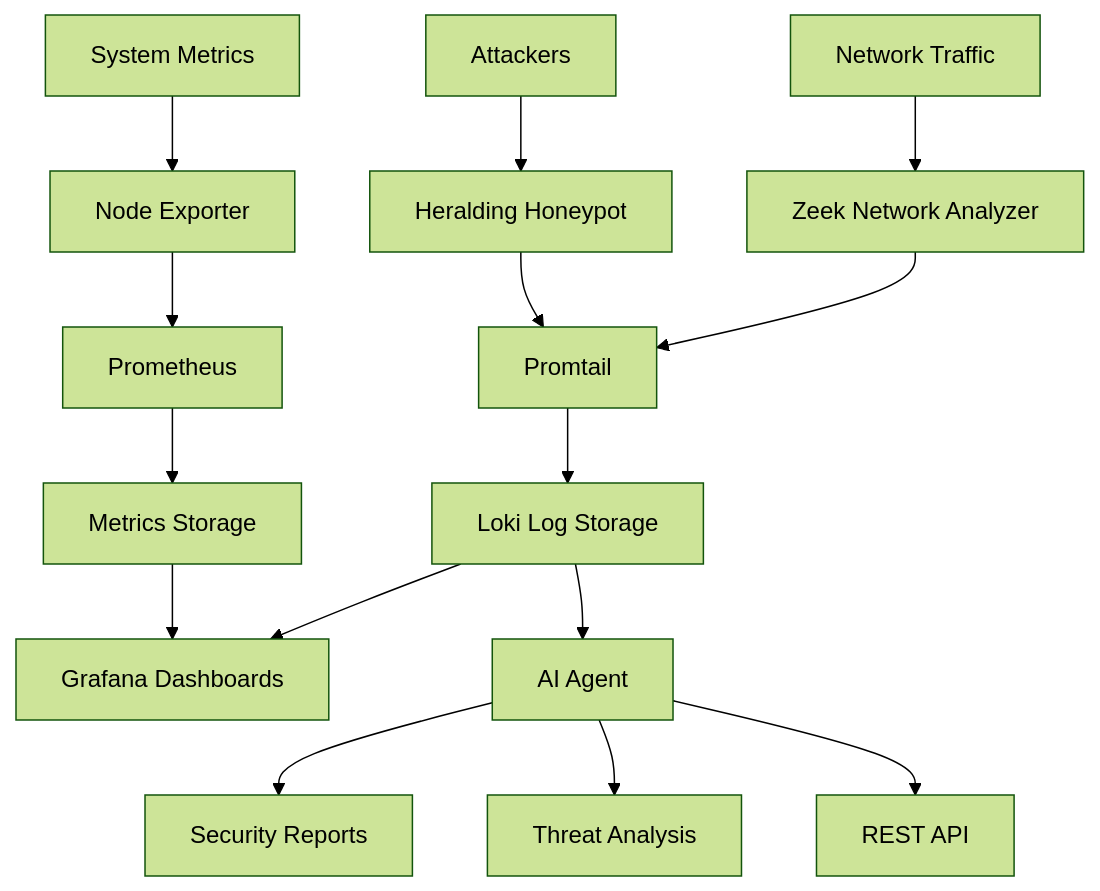
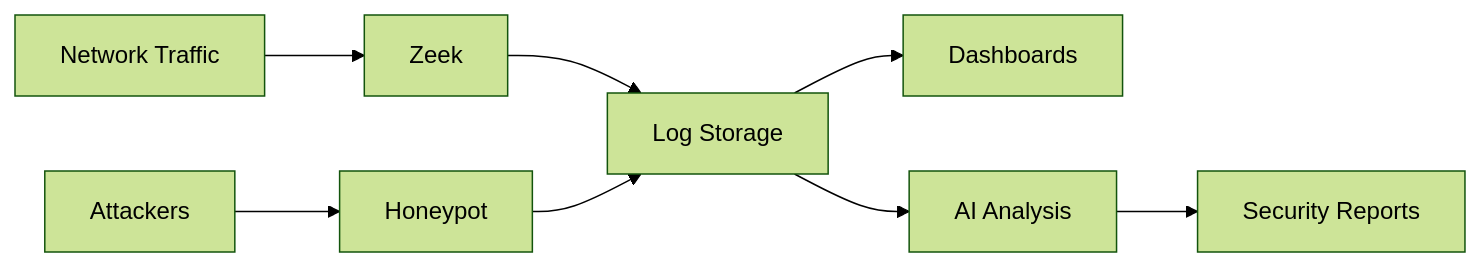
One commit to garrigueta/network-security-monitor-docs changed the diagram in index.md. Above: the diagram before and after it, drawn with Mermaid (forest theme). The commit also changed 1 other file, not shown here.

Commit message:
Refactor architecture diagrams for clarity and consistency in components and index documentation

````diff
--- a/index.md
+++ b/index.md
@@ -58,21 +58,13 @@
 ```mermaid
-graph TB
-    A[Network Traffic] --> B[Zeek Network Analyzer]
-    C[Attackers] --> D[Heralding Honeypot]
-    E[System Metrics] --> F[Node Exporter]
+flowchart LR
+    Traffic[Network Traffic] --> Zeek[Zeek]
+    Attackers[Attackers] --> Honeypot[Honeypot]
     
-    B --> G[Promtail]
-    D --> G
-    F --> H[Prometheus]
+    Zeek --> Logs[Log Storage]
+    Honeypot --> Logs
     
-    G --> I[Loki Log Storage]
-    H --> J[Metrics Storage]
+    Logs --> Grafana[Dashboards]
+    Logs --> AI[AI Analysis]
     
-    I --> K[Grafana Dashboards]
-    J --> K
-    I --> L[AI Agent]
-    
-    L --> M[Security Reports]
-    L --> N[Threat Analysis]
-    L --> O[REST API]
+    AI --> Reports[Security Reports]
 ```
````
